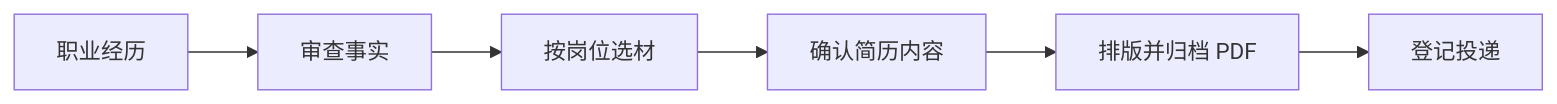
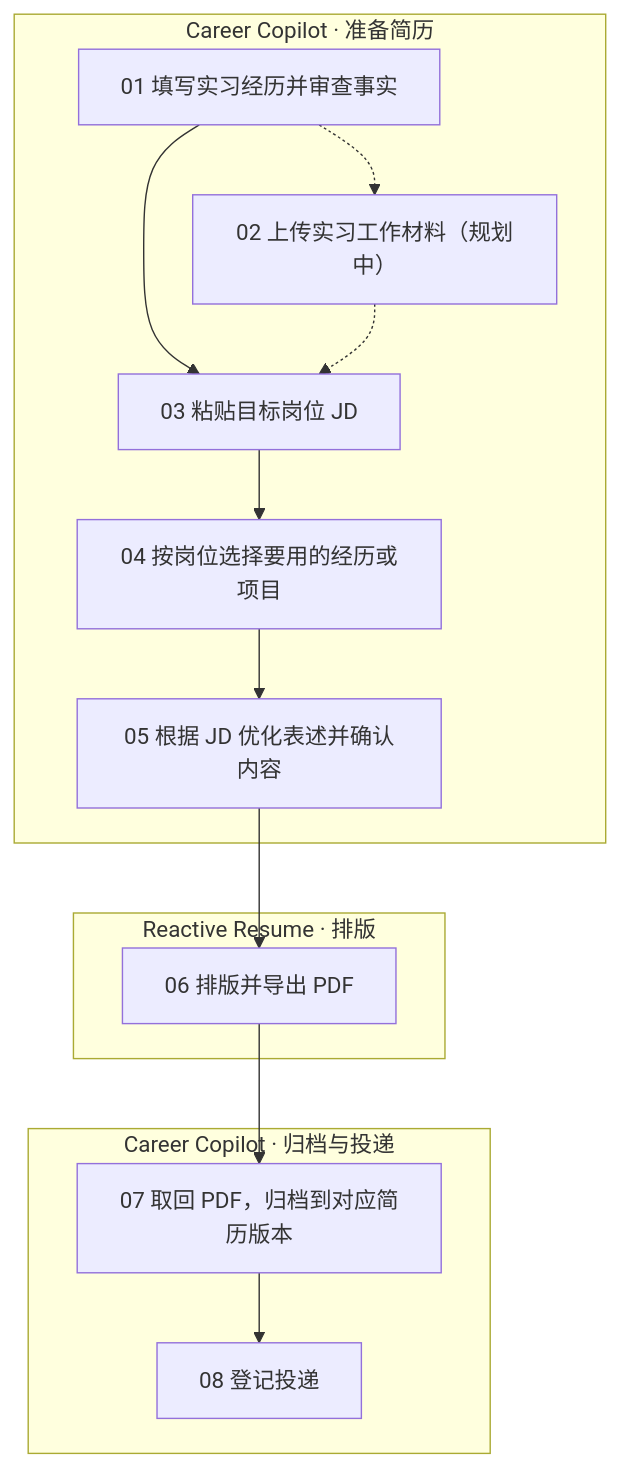
One commit to JKW-NB/career-copilot changed the diagram in README.md. Above: the diagram before and after it, drawn with Mermaid. The commit also changed other lines of this file, not shown here.

Commit message:
docs: clarify the resume workflow and app handoffs

````diff
--- a/README.md
+++ b/README.md
@@ -17,8 +17,21 @@
 ```mermaid
-flowchart LR
-    A["职业经历"] --> B["审查事实"]
-    B --> C["按岗位选材"]
-    C --> D["确认简历内容"]
-    D --> E["排版并归档 PDF"]
-    E --> F["登记投递"]
+flowchart TB
+    subgraph Prepare["Career Copilot · 准备简历"]
+        A["01 填写实习经历并审查事实"]
+        B["02 上传实习工作材料（规划中）"]
+        C["03 粘贴目标岗位 JD"]
+        D["04 按岗位选择要用的经历或项目"]
+        E["05 根据 JD 优化表述并确认内容"]
+        A --> C --> D --> E
+        A -.-> B -.-> C
+    end
+    subgraph Layout["Reactive Resume · 排版"]
+        F["06 排版并导出 PDF"]
+    end
+    subgraph Record["Career Copilot · 归档与投递"]
+        G["07 取回 PDF，归档到对应简历版本"]
+        H["08 登记投递"]
+        G --> H
+    end
+    E --> F --> G
 ```
````
